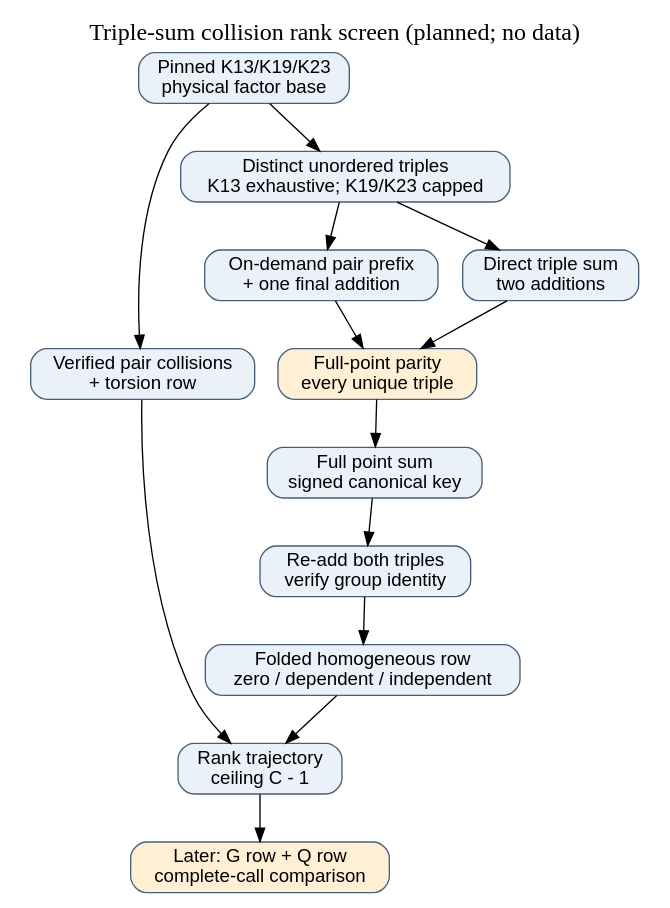
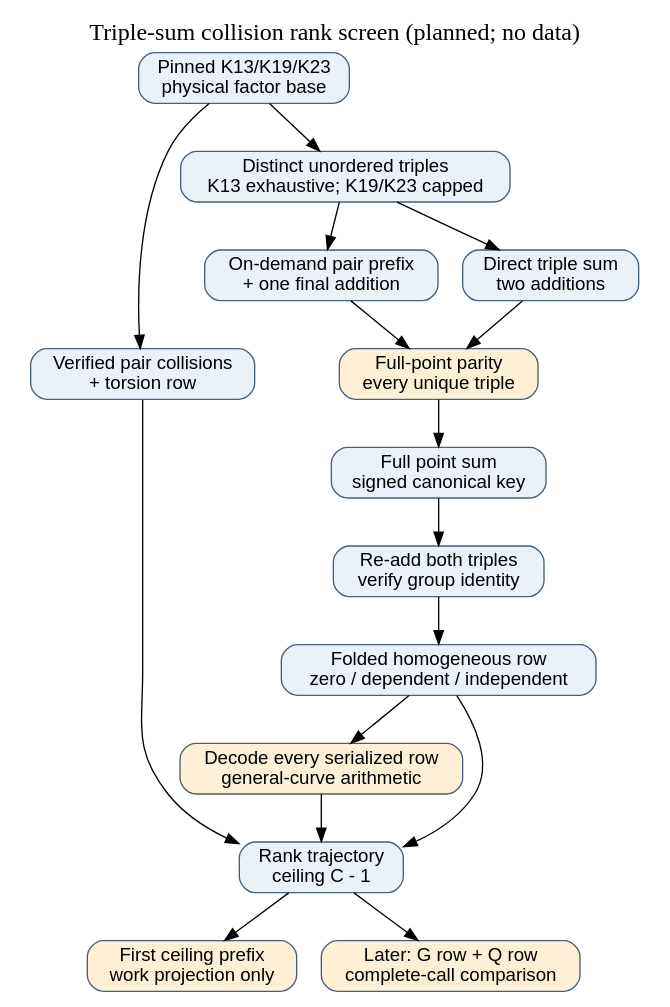
The diagram in research/rootfind_triple_collision_rank_20261116/flow.dot (isogeny-labs/crypto), drawn with Graphviz before and after one commit. The commit also changed 19 other files, not shown here.

Commit message:
Replay triple collision rows with general curve arithmetic

```diff
--- a/research/rootfind_triple_collision_rank_20261116/flow.dot
+++ b/research/rootfind_triple_collision_rank_20261116/flow.dot
@@ -1,20 +1,24 @@
 digraph triples {
   graph [rankdir=TB, bgcolor="white", label="Triple-sum collision rank screen (planned; no data)", labelloc=t, fontsize=18];
   node [shape=box, style="rounded,filled", fillcolor="#eaf1f8", color="#456078", fontname="Helvetica", fontsize=14];
   base [label="Pinned K13/K19/K23\nphysical factor base"];
   seed [label="Verified pair collisions\n+ torsion row"];
   triples [label="Distinct unordered triples\nK13 exhaustive; K19/K23 capped"];
   cache [label="On-demand pair prefix\n+ one final addition"];
   direct [label="Direct triple sum\ntwo additions"];
   parity [label="Full-point parity\nevery unique triple", fillcolor="#fff0d5"];
   key [label="Full point sum\nsigned canonical key"];
   check [label="Re-add both triples\nverify group identity"];
   rows [label="Folded homogeneous row\nzero / dependent / independent"];
+  replay [label="Decode every serialized row\ngeneral-curve arithmetic", fillcolor="#fff0d5"];
   rank [label="Rank trajectory\nceiling C - 1"];
+  prefix [label="First ceiling prefix\nwork projection only", fillcolor="#fff0d5"];
   gate [label="Later: G row + Q row\ncomplete-call comparison", fillcolor="#fff0d5"];
   base -> seed -> rank;
   base -> triples;
   triples -> cache -> parity;
   triples -> direct -> parity;
   parity -> key -> check -> rows -> rank -> gate;
+  rows -> replay -> rank;
+  rank -> prefix;
 }
```
